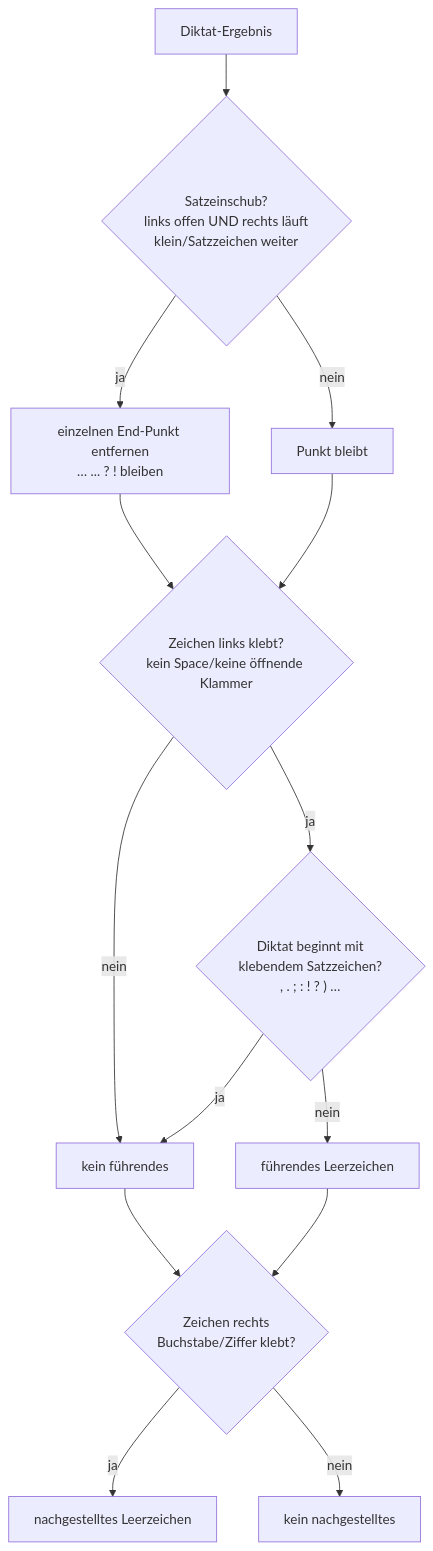
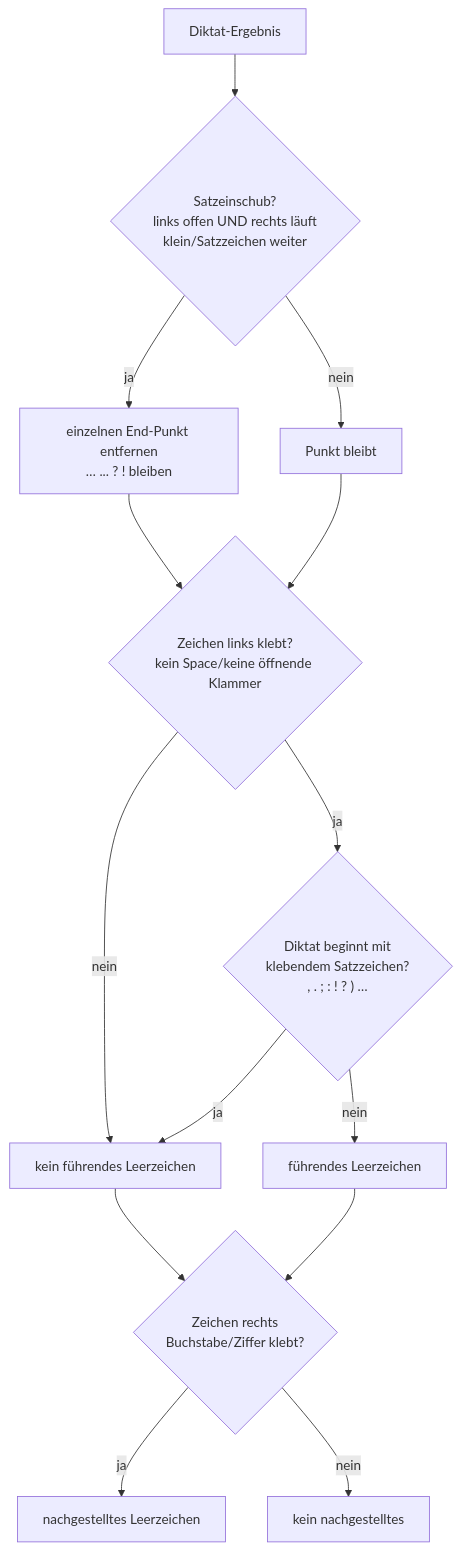
The sixth of 6 diagrams in docs/technische-doku.md (florianpohl666/blitzbrief), drawn with Mermaid before and after one commit. The commit also changed other lines of this file and 20 other files, not shown here.

````diff
--- a/docs/technische-doku.md
+++ b/docs/technische-doku.md
@@ -251,16 +304,16 @@
 ```mermaid
 flowchart TD
-    A[Diktat-Ergebnis] --> B{Satzeinschub?<br/>links offen UND rechts läuft<br/>klein/Satzzeichen weiter}
-    B -->|ja| C[einzelnen End-Punkt entfernen<br/>… ... ? ! bleiben]
+    A[Diktat-Ergebnis] --> B{"Satzeinschub?<br/>links offen UND rechts läuft<br/>klein/Satzzeichen weiter"}
+    B -->|ja| C["einzelnen End-Punkt entfernen<br/>… ... ? ! bleiben"]
     B -->|nein| D[Punkt bleibt]
     C --> E{"Zeichen links klebt?<br/>kein Space/keine öffnende Klammer"}
     D --> E
-    E -->|nein| G[kein führendes]
+    E -->|nein| G[kein führendes Leerzeichen]
     E -->|ja| E2{"Diktat beginnt mit<br/>klebendem Satzzeichen?<br/>, . ; : ! ? ) …"}
     E2 -->|ja| G
     E2 -->|nein| F[führendes Leerzeichen]
     F --> H{"Zeichen rechts<br/>Buchstabe/Ziffer klebt?"}
     G --> H
     H -->|ja| I[nachgestelltes Leerzeichen]
     H -->|nein| J[kein nachgestelltes]
 ```
````
